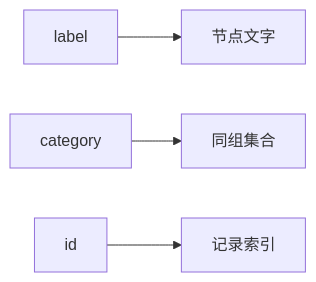
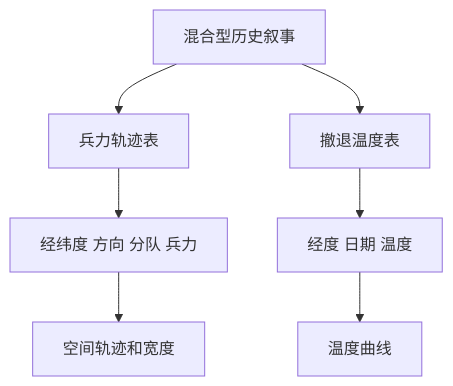
The first of 4 diagrams in 06-混合型/案例A.md (KkkXUE-prog/FIRST-REPO), drawn with Mermaid before and after one commit. The commit also changed other lines of this file, not shown here.

Commit message:
精修混合型案例A：米纳尔真实数据与定量折线图

````diff
--- a/06-混合型/案例A.md
+++ b/06-混合型/案例A.md
@@ -55,6 +48,9 @@
 ```mermaid
-flowchart LR
- L[label] --> T[节点文字]
- C[category] --> G[同组集合]
- I[id] --> K[记录索引]
+flowchart TD
+ M[混合型历史叙事] --> T[兵力轨迹表]
+ M --> W[撤退温度表]
+ T --> A[经纬度 方向 分队 兵力]
+ W --> B[经度 日期 温度]
+ A --> C[空间轨迹和宽度]
+ B --> D[温度曲线]
 ```
````
